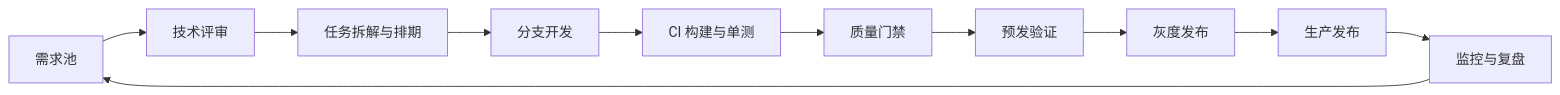
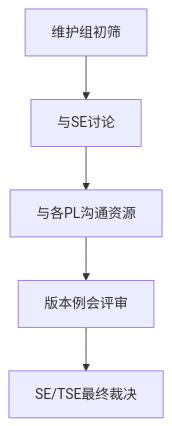
The first of 4 diagrams in data/markdown/huawei-patch-subpm/detail_design.md (a869320750/MyHtmlResume), drawn with Mermaid before and after one commit. The commit also changed other lines of this file and 1 other file, not shown here.

````diff
--- a/data/markdown/huawei-patch-subpm/detail_design.md
+++ b/data/markdown/huawei-patch-subpm/detail_design.md
@@ -23,13 +40,7 @@
 ```mermaid
-flowchart LR
-    A[需求池] --> B[技术评审]
-    B --> C[任务拆解与排期]
-    C --> D[分支开发]
-    D --> E[CI 构建与单测]
-    E --> F[质量门禁]
-    F --> G[预发验证]
-    G --> H[灰度发布]
-    H --> I[生产发布]
-    I --> J[监控与复盘]
-    J --> A
+flowchart TD
+A[维护组初筛] --> B[与SE讨论]
+B --> C[与各PL沟通资源]
+C --> D[版本例会评审]
+D --> E[SE/TSE最终裁决]
 ```
````
